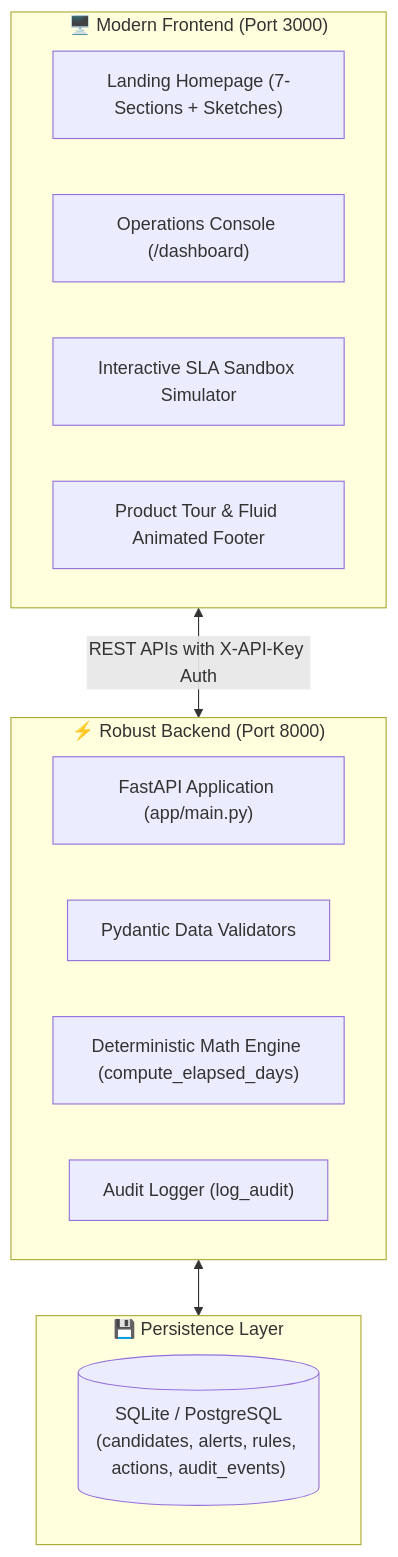
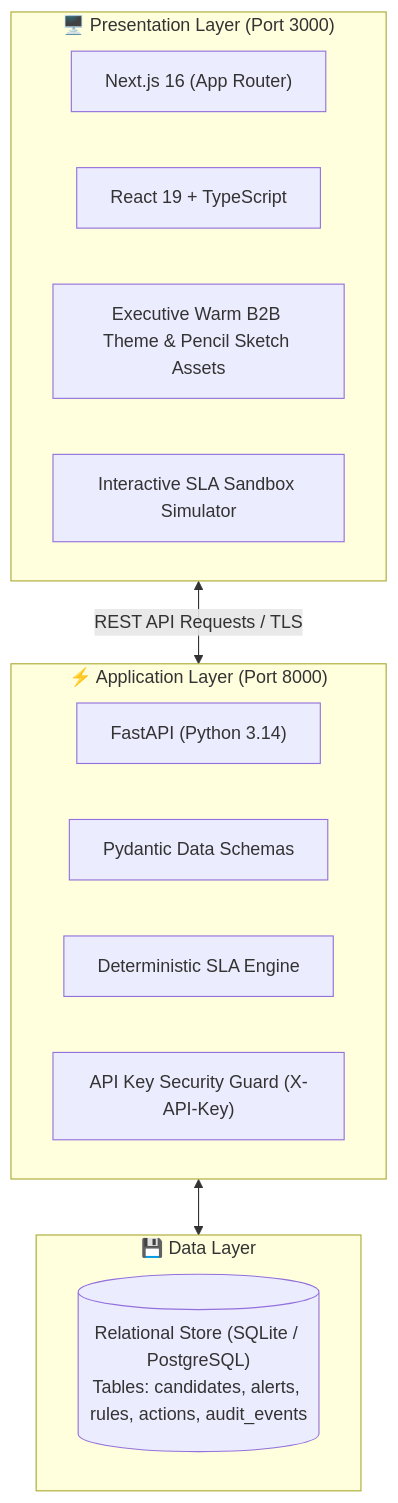
The fourth of 4 diagrams in WORKING.md (ajayroll1/Stall_Alert), drawn with Mermaid before and after one commit. The commit also changed other lines of this file, not shown here.

Commit message:
docs: update WORKING.md with complete English architecture guide and diagrams

````diff
--- a/WORKING.md
+++ b/WORKING.md
@@ -121,23 +136,23 @@
 ```mermaid
 graph TD
-    subgraph Frontend["🖥️ Modern Frontend (Port 3000)"]
-        UI1["Landing Homepage (7-Sections + Sketches)"]
-        UI2["Operations Console (/dashboard)"]
-        UI3["Interactive SLA Sandbox Simulator"]
-        UI4["Product Tour & Fluid Animated Footer"]
+    subgraph Client["🖥️ Presentation Layer (Port 3000)"]
+        FE1["Next.js 16 (App Router)"]
+        FE2["React 19 + TypeScript"]
+        FE3["Executive Warm B2B Theme & Pencil Sketch Assets"]
+        FE4["Interactive SLA Sandbox Simulator"]
     end
 
-    subgraph Backend["⚡ Robust Backend (Port 8000)"]
-        API1["FastAPI Application (app/main.py)"]
-        API2["Pydantic Data Validators"]
-        API3["Deterministic Math Engine (compute_elapsed_days)"]
-        API4["Audit Logger (log_audit)"]
+    subgraph Service["⚡ Application Layer (Port 8000)"]
+        BE1["FastAPI (Python 3.14)"]
+        BE2["Pydantic Data Schemas"]
+        BE3["Deterministic SLA Engine"]
+        BE4["API Key Security Guard (X-API-Key)"]
     end
 
-    subgraph Storage["💾 Persistence Layer"]
-        DB[("SQLite / PostgreSQL\n(candidates, alerts, rules, actions, audit_events)")]
+    subgraph Persistence["💾 Data Layer"]
+        DB[("Relational Store (SQLite / PostgreSQL)\nTables: candidates, alerts, rules, actions, audit_events")]
     end
 
-    Frontend <-->|"REST APIs with X-API-Key Auth"| Backend
-    Backend <--> Storage
+    Client <-->|"REST API Requests / TLS"| Service
+    Service <--> Persistence
 ```
````
